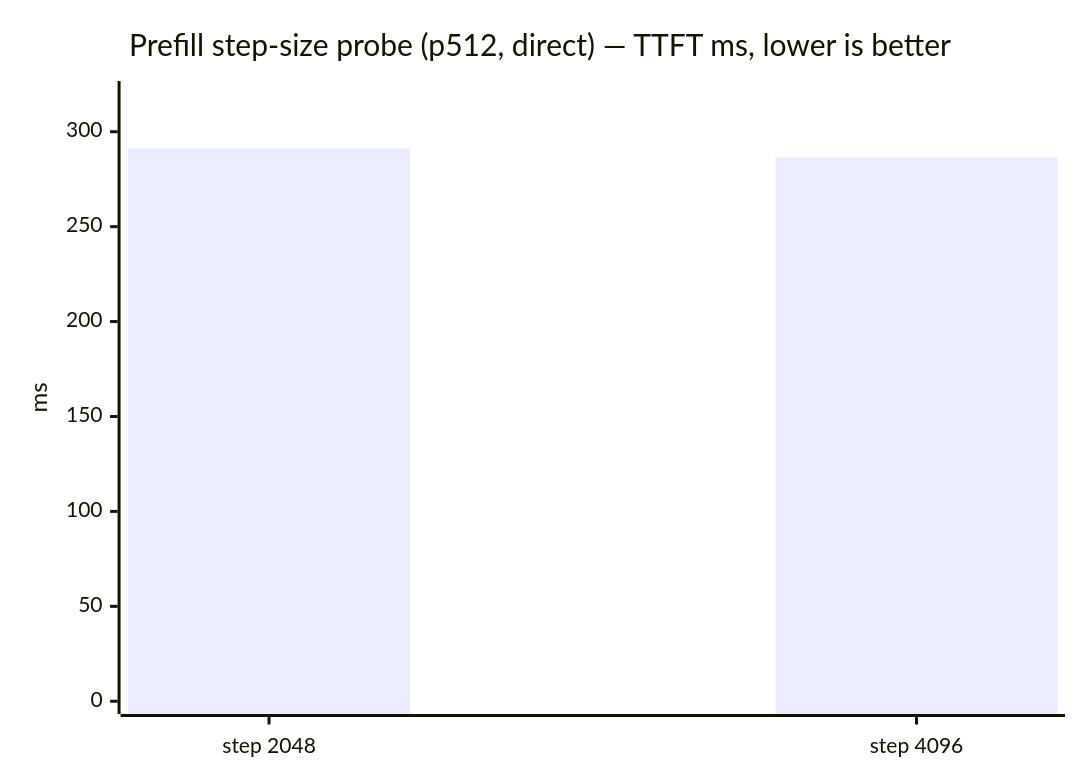
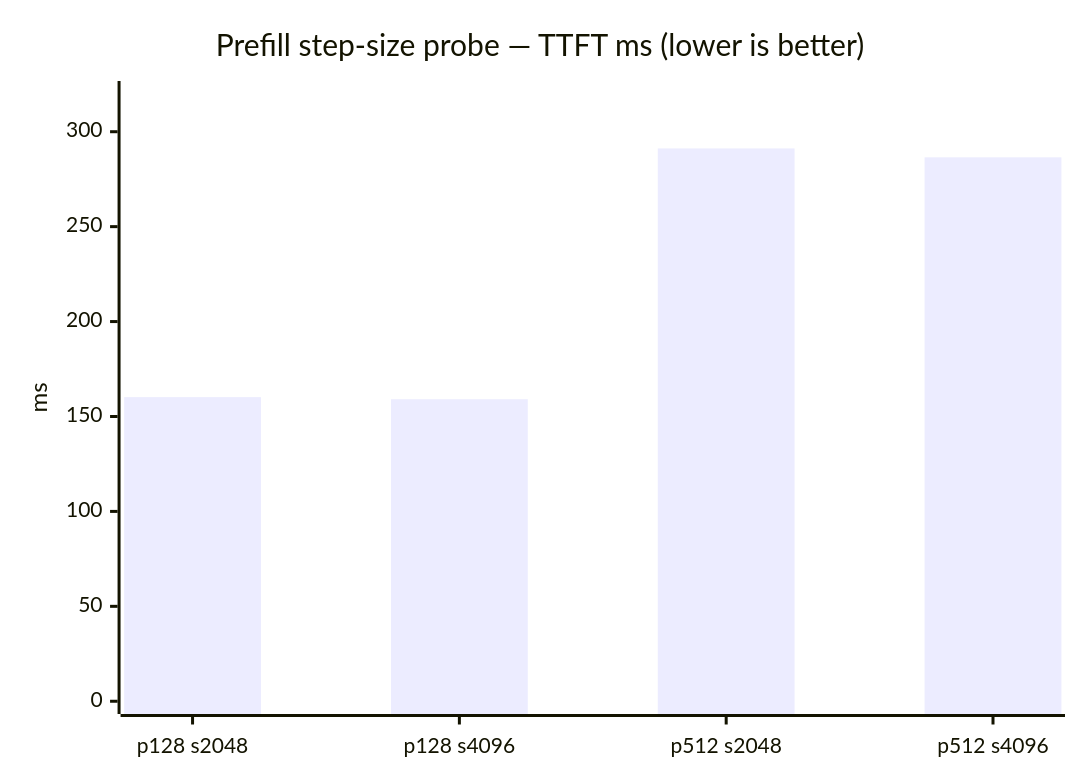
Before and after one commit to defai-digital/ax-engine: the fifth of 5 diagrams in benchmarks/results/mlx-inference/2026-06-13-qwen3-coder-next-prefill-probe/README.md, drawn with Mermaid. The commit also changed other lines of this file and 3 other files, not shown here.

````diff
--- a/benchmarks/results/mlx-inference/2026-06-13-qwen3-coder-next-prefill-probe/README.md
+++ b/benchmarks/results/mlx-inference/2026-06-13-qwen3-coder-next-prefill-probe/README.md
@@ -86,10 +101,10 @@
 ```mermaid
 ---
 config: {"xychart-beta": {"titleFontSize": 16}}
 ---
 xychart-beta
-    title "Prefill step-size probe (p512, direct) — TTFT ms, lower is better"
-    x-axis ["step 2048", "step 4096"]
+    title "Prefill step-size probe — TTFT ms (lower is better)"
+    x-axis ["p128 s2048", "p128 s4096", "p512 s2048", "p512 s4096"]
     y-axis "ms" 0 --> 320
-    bar [291.2, 286.5]
+    bar [160.2, 159.1, 291.2, 286.5]
 ```
````
